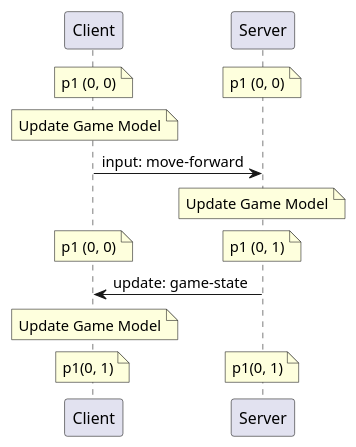
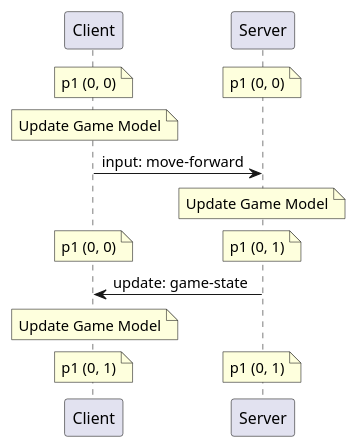
The diagram in doc/multiplayer/uml/network-sequence.puml (ProfPorkins/GameTech), drawn with PlantUML before and after one commit.

Commit message:
(multiplayer) Small correction to the sequence diagram

```diff
--- a/doc/multiplayer/uml/network-sequence.puml
+++ b/doc/multiplayer/uml/network-sequence.puml
@@ -1,21 +1,21 @@
 @startuml Basic Network - Sequence
 
 participant Client
 participant Server
 
 note over Client: p1 (0, 0)
 / note over Server: p1 (0, 0)
 
 note over Client: Update Game Model
 
 Client -> Server: input: move-forward
 note over Server: Update Game Model
 note over Client: p1 (0, 0)
 / note over Server: p1 (0, 1)
 Server -> Client: update: game-state
 
 note over Client: Update Game Model
-note over Client: p1(0, 1)
-/ note over Server: p1(0, 1)
+note over Client: p1 (0, 1)
+/ note over Server: p1 (0, 1)
 
 @enduml
```
